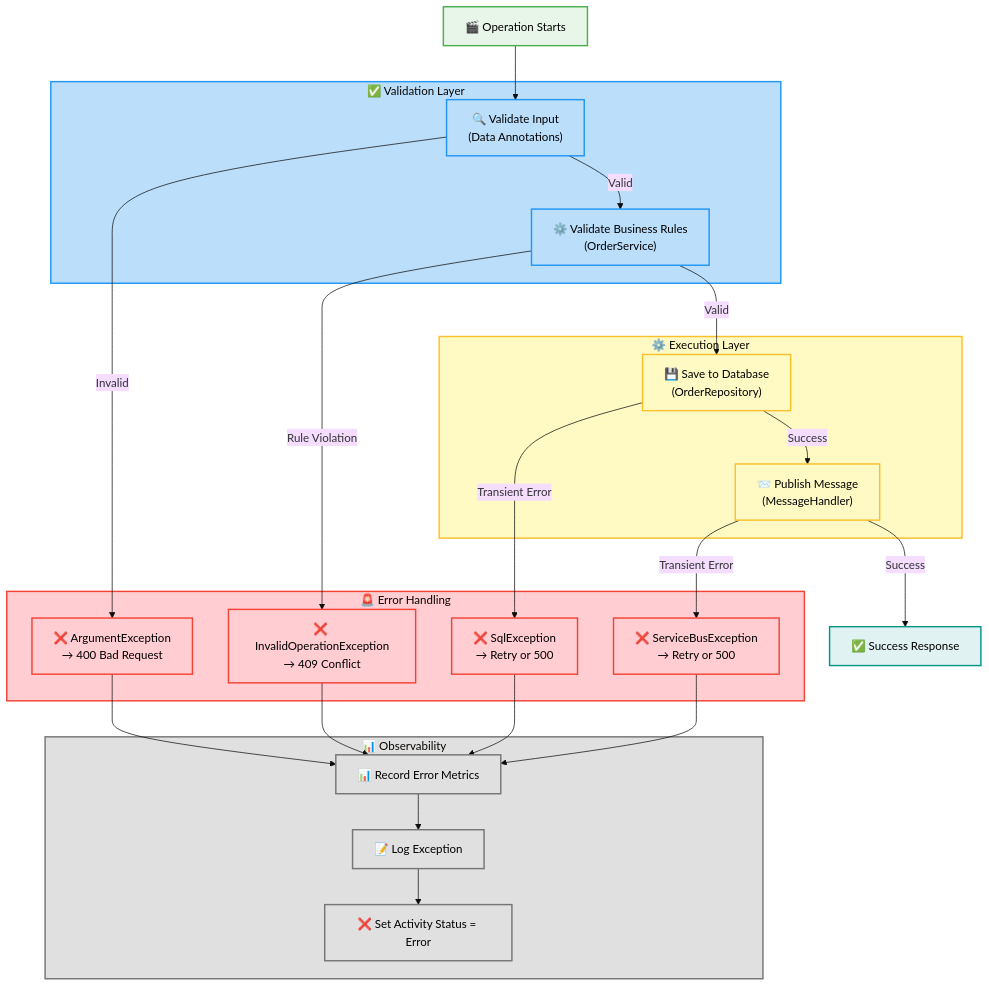
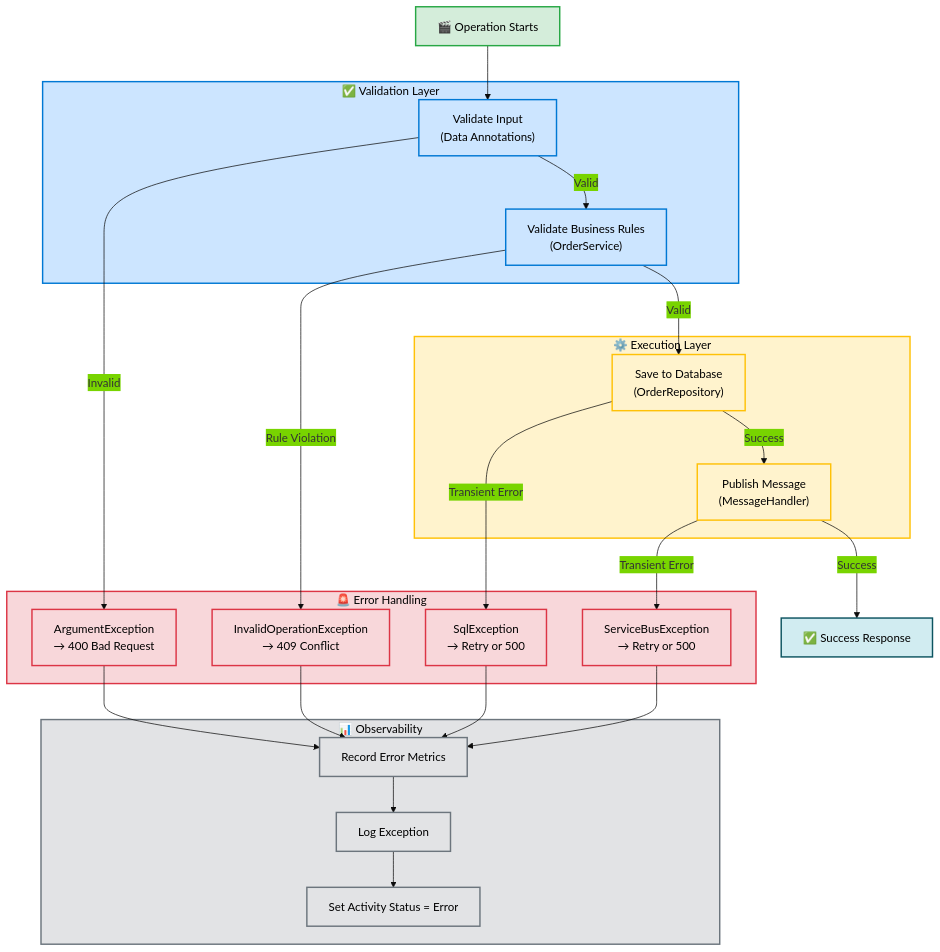
Before and after one commit to Evilazaro/Azure-LogicApps-Monitoring: diagram 12 of 13 in docs/architecture/business-layer-architecture.md, drawn with Mermaid. The commit also changed other lines of this file and 1 other file, not shown here.

````diff
--- a/docs/architecture/business-layer-architecture.md
+++ b/docs/architecture/business-layer-architecture.md
@@ -1483,77 +1525,73 @@
 ```mermaid
 ---
 config:
   theme: base
+  themeVariables:
+    primaryColor: "#0078D4"
 ---
 flowchart TD
     accTitle: Error Handling Strategy
     accDescr: Shows error handling flow and retry mechanisms across layers
 
     start["🎬 Operation Starts"]
 
     subgraph validation["✅ Validation Layer"]
-        validateInput["🔍 Validate Input<br/>(Data Annotations)"]
-        validateBusiness["⚙️ Validate Business Rules<br/>(OrderService)"]
+        validateInput["Validate Input<br/>(Data Annotations)"]
+        validateBusiness["Validate Business Rules<br/>(OrderService)"]
     end
 
     subgraph execution["⚙️ Execution Layer"]
-        saveDb["💾 Save to Database<br/>(OrderRepository)"]
-        publishMsg["📨 Publish Message<br/>(MessageHandler)"]
+        saveDb["Save to Database<br/>(OrderRepository)"]
+        publishMsg["Publish Message<br/>(MessageHandler)"]
     end
 
     subgraph errorHandling["🚨 Error Handling"]
-        validationError["❌ ArgumentException<br/>→ 400 Bad Request"]
-        businessError["❌ InvalidOperationException<br/>→ 409 Conflict"]
-        dbError["❌ SqlException<br/>→ Retry or 500"]
-        msgError["❌ ServiceBusException<br/>→ Retry or 500"]
+        validationError["ArgumentException<br/>→ 400 Bad Request"]
+        businessError["InvalidOperationException<br/>→ 409 Conflict"]
+        dbError["SqlException<br/>→ Retry or 500"]
+        msgError["ServiceBusException<br/>→ Retry or 500"]
     end
 
     subgraph observability["📊 Observability"]
-        recordMetrics["📊 Record Error Metrics"]
-        logError["📝 Log Exception"]
-        setActivityError["❌ Set Activity Status = Error"]
+        recordMetrics["Record Error Metrics"]
+        logError["Log Exception"]
+        setActivityError["Set Activity Status = Error"]
     end
 
     success["✅ Success Response"]
 
     %% Flow
     start --> validateInput
     validateInput -->|"Invalid"| validationError
     validateInput -->|"Valid"| validateBusiness
     validateBusiness -->|"Rule Violation"| businessError
     validateBusiness -->|"Valid"| saveDb
     saveDb -->|"Transient Error"| dbError
     saveDb -->|"Success"| publishMsg
     publishMsg -->|"Transient Error"| msgError
     publishMsg -->|"Success"| success
 
     %% Error paths
     validationError --> recordMetrics
     businessError --> recordMetrics
     dbError --> recordMetrics
     msgError --> recordMetrics
 
     recordMetrics --> logError
     logError --> setActivityError
 
-    %% Styling with explicit hex colors (Microsoft Fluent UI / Azure palette)
-    classDef startStyle fill:#E8F5E9,stroke:#4CAF50,stroke-width:2px,color:#000
-    classDef validationStyle fill:#BBDEFB,stroke:#2196F3,stroke-width:2px,color:#000
-    classDef executionStyle fill:#FFF9C4,stroke:#FBC02D,stroke-width:2px,color:#000
-    classDef errorStyle fill:#FFCDD2,stroke:#F44336,stroke-width:2px,color:#000
-    classDef observabilityStyle fill:#E0E0E0,stroke:#757575,stroke-width:2px,color:#000
-    classDef successStyle fill:#E0F2F1,stroke:#009688,stroke-width:2px,color:#000
+    %% Styling
+    classDef startStyle fill:#D4EDDA,stroke:#28A745,stroke-width:2px,color:#000
+    classDef validationStyle fill:#CCE5FF,stroke:#0078D4,stroke-width:2px,color:#000
+    classDef executionStyle fill:#FFF3CD,stroke:#FFC107,stroke-width:2px,color:#000
+    classDef errorStyle fill:#F8D7DA,stroke:#DC3545,stroke-width:2px,color:#000
+    classDef observabilityStyle fill:#E2E3E5,stroke:#6C757D,stroke-width:2px,color:#000
+    classDef successStyle fill:#D1ECF1,stroke:#0C5460,stroke-width:2px,color:#000
 
     class start startStyle
-    class validateInput,validateBusiness validationStyle
-    class saveDb,publishMsg executionStyle
-    class validationError,businessError,dbError,msgError errorStyle
-    class recordMetrics,logError,setActivityError observabilityStyle
+    class validation,validateInput,validateBusiness validationStyle
+    class execution,saveDb,publishMsg executionStyle
+    class errorHandling,validationError,businessError,dbError,msgError errorStyle
+    class observability,recordMetrics,logError,setActivityError observabilityStyle
     class success successStyle
-
-    %% Subgraph styling (MRM-S001 compliant - use style not class)
-    style validation fill:#BBDEFB,stroke:#2196F3,stroke-width:2px
-    style execution fill:#FFF9C4,stroke:#FBC02D,stroke-width:2px
-    style errorHandling fill:#FFCDD2,stroke:#F44336,stroke-width:2px
-    style observability fill:#E0E0E0,stroke:#757575,stroke-width:2px
 ```
````
